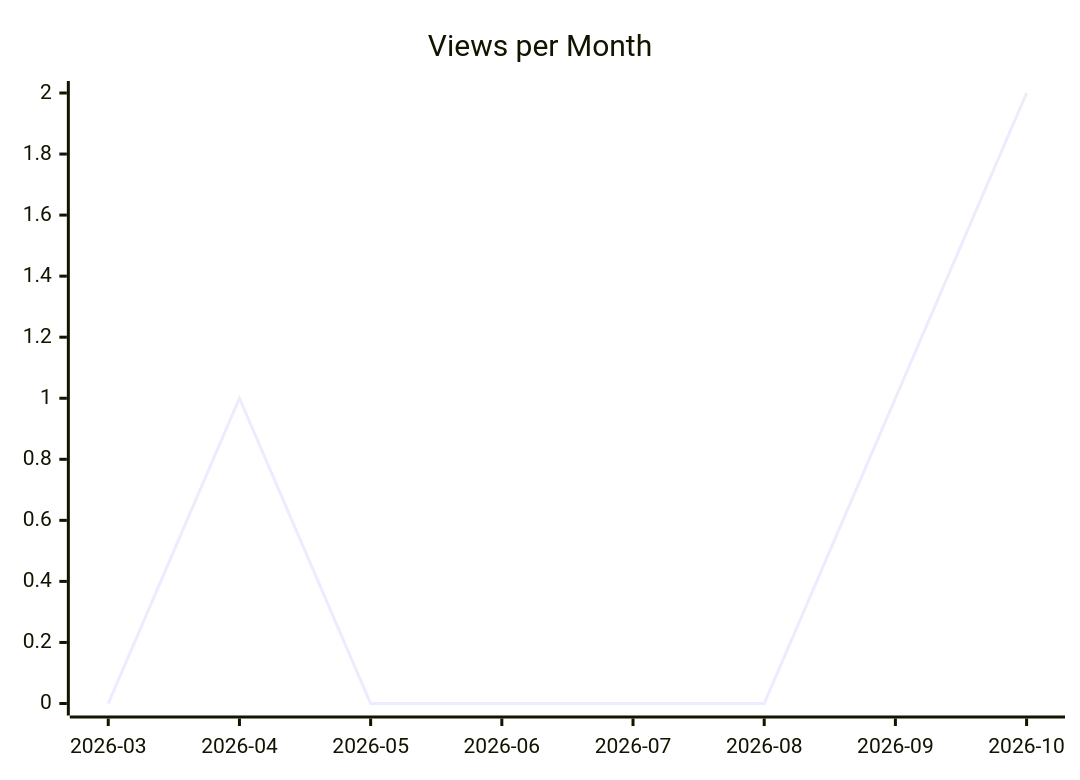
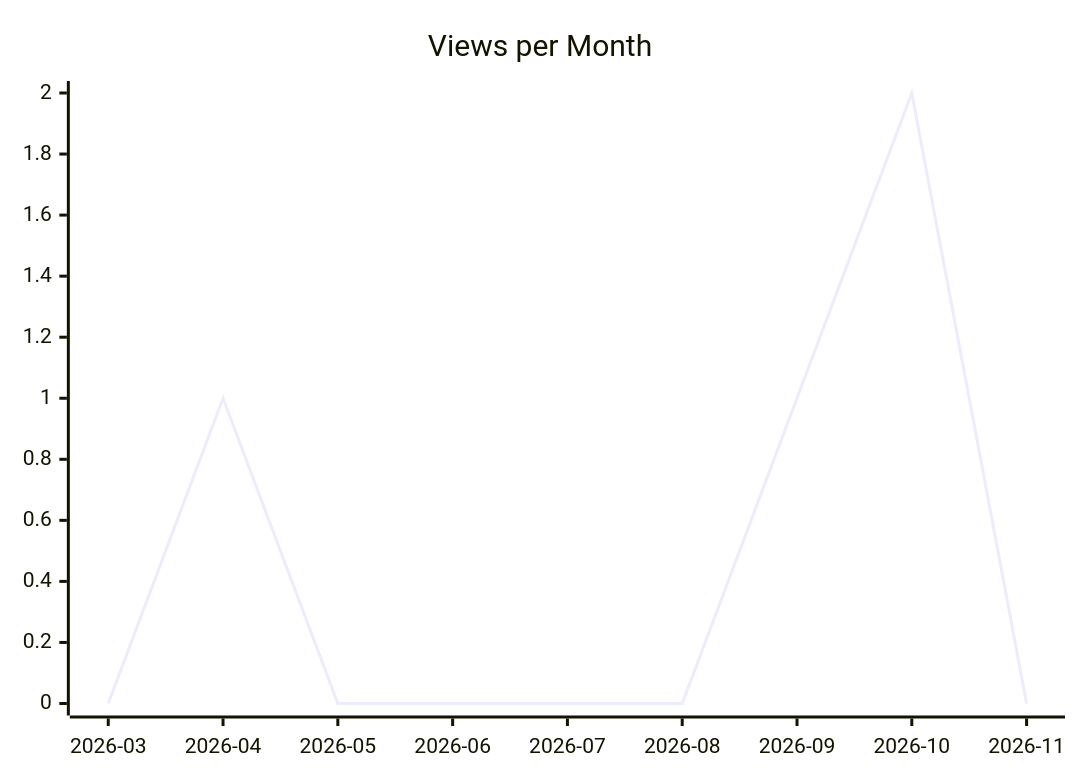
The second of 3 diagrams in karlmdavis/obsidian-operator/README.md (justdavis-family/github-analytics-data), drawn with Mermaid before and after one commit. The commit also changed other lines of this file and 201 other files, not shown here.

````diff
--- a/karlmdavis/obsidian-operator/README.md
+++ b/karlmdavis/obsidian-operator/README.md
@@ -12,6 +12,6 @@
 ```mermaid
 xychart-beta
   title "Views per Month"
-  x-axis ["2026-03", "2026-04", "2026-05", "2026-06", "2026-07", "2026-08", "2026-09", "2026-10"]
-  line [0, 1, 0, 0, 0, 0, 1, 2]
+  x-axis ["2026-03", "2026-04", "2026-05", "2026-06", "2026-07", "2026-08", "2026-09", "2026-10", "2026-11"]
+  line [0, 1, 0, 0, 0, 0, 1, 2, 0]
 ```
````
